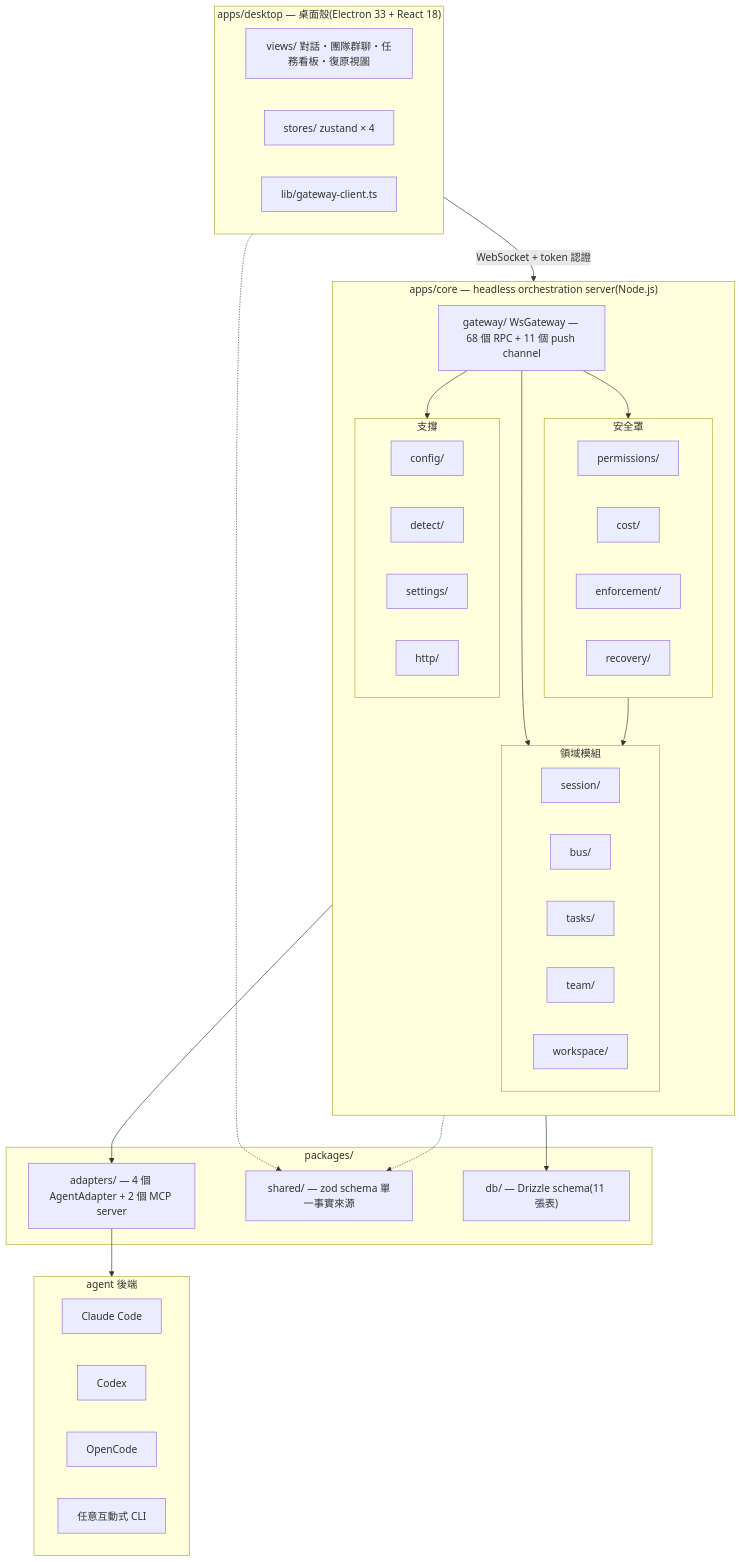
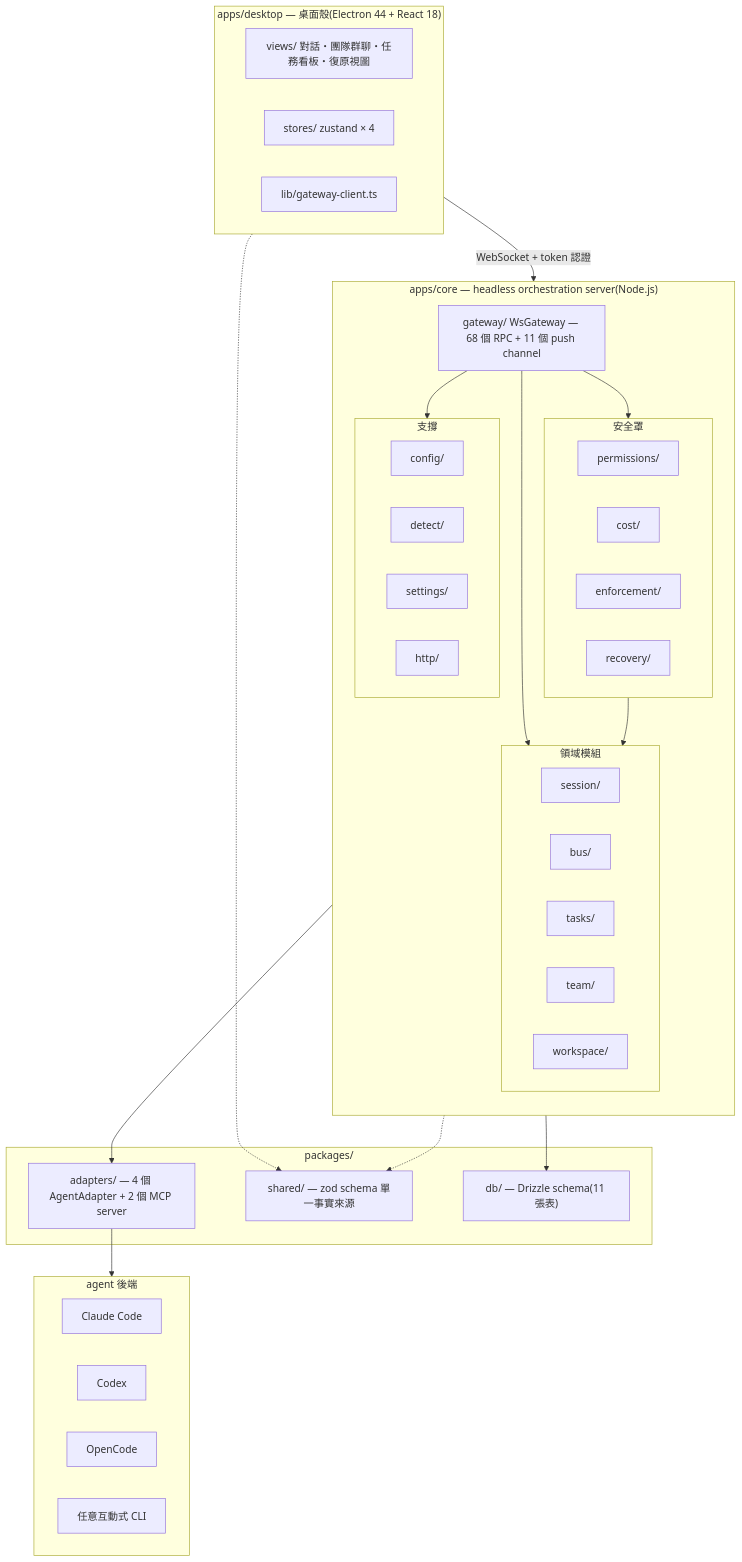
The first of 6 diagrams in docs/ARCHITECTURE.md (xing-101729/deskmony), drawn with Mermaid before and after one commit. The commit also changed other lines of this file and 9 other files, not shown here.

````diff
--- a/docs/ARCHITECTURE.md
+++ b/docs/ARCHITECTURE.md
@@ -45,61 +50,61 @@
 ```mermaid
 flowchart TB
-    subgraph SHELL["apps/desktop — 桌面殼(Electron 33 + React 18)"]
+    subgraph SHELL["apps/desktop — 桌面殼(Electron 44 + React 18)"]
         direction LR
         Views["views/ 對話・團隊群聊・任務看板・復原視圖"]
         Stores["stores/ zustand × 4"]
         GWC["lib/gateway-client.ts"]
     end
 
     subgraph CORE["apps/core — headless orchestration server(Node.js)"]
         direction TB
         GW["gateway/ WsGateway — 68 個 RPC + 11 個 push channel"]
         subgraph DOMAIN["領域模組"]
             direction LR
             Sess["session/"]
             Bus["bus/"]
             Task["tasks/"]
             Team["team/"]
             Work["workspace/"]
         end
         subgraph SHIELD["安全罩"]
             direction LR
             Perm["permissions/"]
             Cost["cost/"]
             Enf["enforcement/"]
             Rec["recovery/"]
         end
         subgraph SUPPORT["支撐"]
             direction LR
             Cfg["config/"]
             Det["detect/"]
             Set["settings/"]
             Http["http/"]
         end
     end
 
     subgraph PKG["packages/"]
         Adapters["adapters/ — 4 個 AgentAdapter + 2 個 MCP server"]
         Shared["shared/ — zod schema 單一事實來源"]
         Db["db/ — Drizzle schema(11 張表)"]
     end
 
     subgraph BACKENDS["agent 後端"]
         direction LR
         CC["Claude Code"]
         CDX["Codex"]
         OCS["OpenCode"]
         ANY["任意互動式 CLI"]
     end
 
     SHELL -- "WebSocket + token 認證" --> GW
     GW --> DOMAIN
     GW --> SHIELD
     GW --> SUPPORT
     DOMAIN --> Adapters
     SHIELD --> DOMAIN
     CORE --> Db
     Adapters --> BACKENDS
     SHELL -.-> Shared
     CORE -.-> Shared
 ```
````
